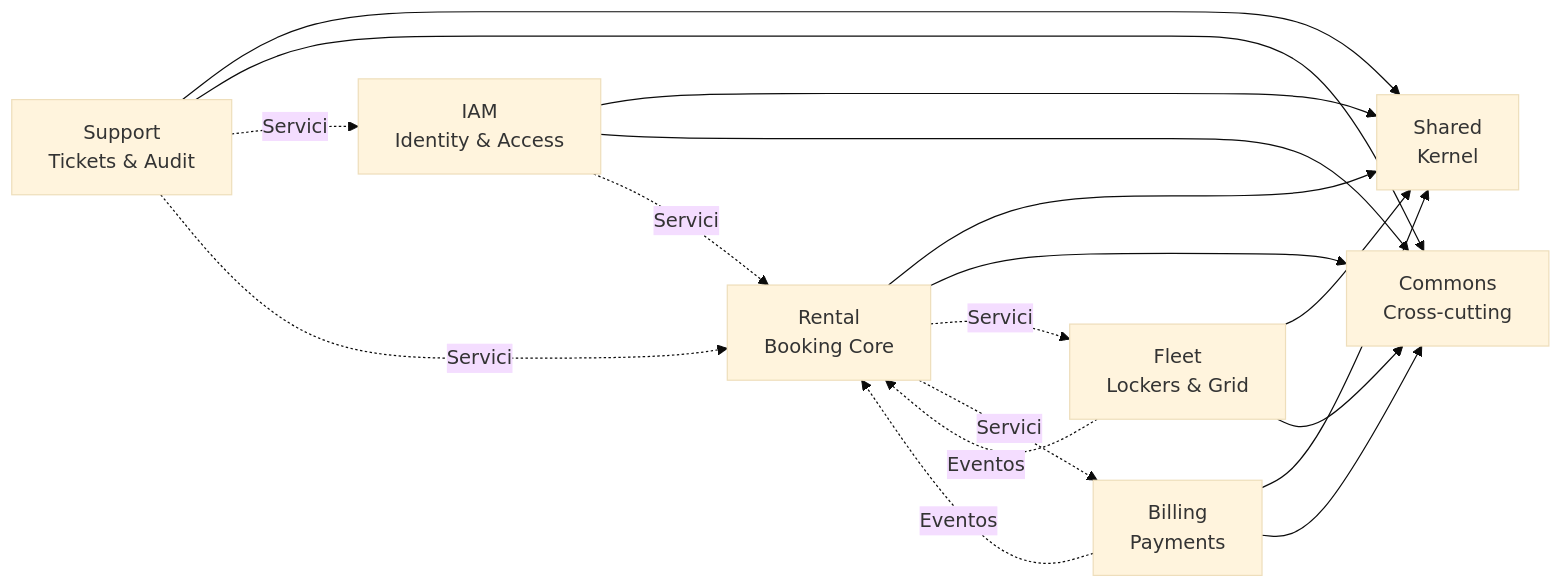
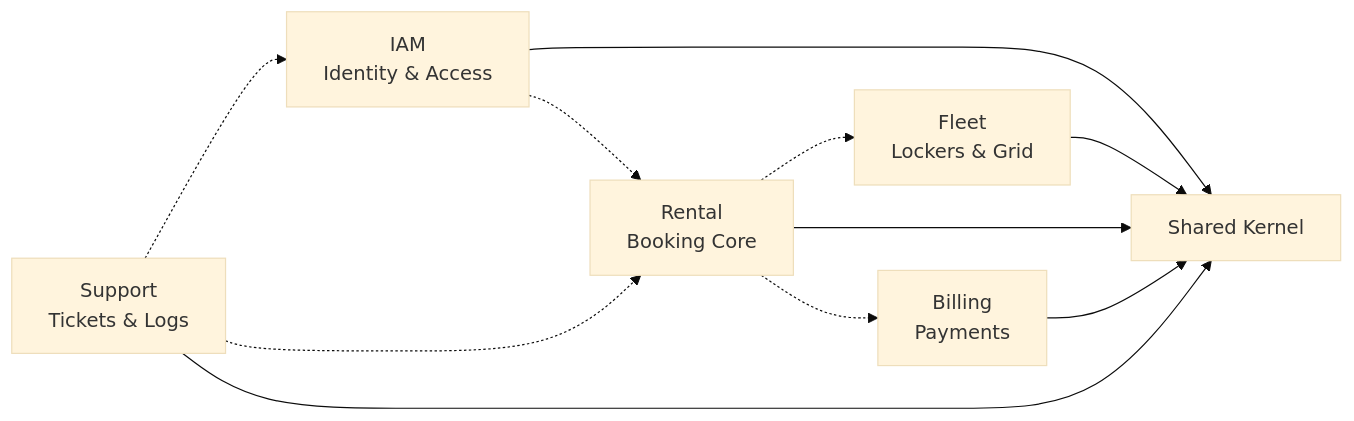
One commit to Santa-Softt/SmartLocker-Back changed the diagram in README.md. Above: the diagram before and after it, drawn with Mermaid (base theme). The commit also changed other lines of this file, not shown here.

````diff
--- a/README.md
+++ b/README.md
@@ -116,29 +72,21 @@
 ```mermaid
 graph LR
-    IAM[IAM<br/>Identity & Access]
-    Fleet[Fleet<br/>Lockers & Grid]
-    Rental[Rental<br/>Booking Core]
-    Billing[Billing<br/>Payments]
-    Support[Support<br/>Tickets & Audit]
-    Shared[Shared<br/>Kernel]
-    Commons[Commons<br/>Cross-cutting]
+    IAM[IAM <br> Identity & Access]
+    Fleet[Fleet <br> Lockers & Grid]
+    Rental[Rental <br> Booking Core]
+    Billing[Billing <br> Payments]
+    Support[Support <br> Tickets & Logs]
+    Shared[Shared Kernel]
 
     IAM --> Shared
     Fleet --> Shared
     Rental --> Shared
     Billing --> Shared
     Support --> Shared
-    IAM --> Commons
-    Fleet --> Commons
-    Rental --> Commons
-    Billing --> Commons
-    Support --> Commons
 
-    IAM -.Servicio.-> Rental
-    Rental -.Servicio.-> Fleet
-    Rental -.Servicio.-> Billing
-    Support -.Servicio.-> IAM
-    Support -.Servicio.-> Rental
-    Billing -.Eventos.-> Rental
-    Fleet -.Eventos.-> Rental
+    IAM -.-> Rental
+    Rental -.-> Fleet
+    Rental -.-> Billing
+    Support -.-> IAM
+    Support -.-> Rental
 ```
````
